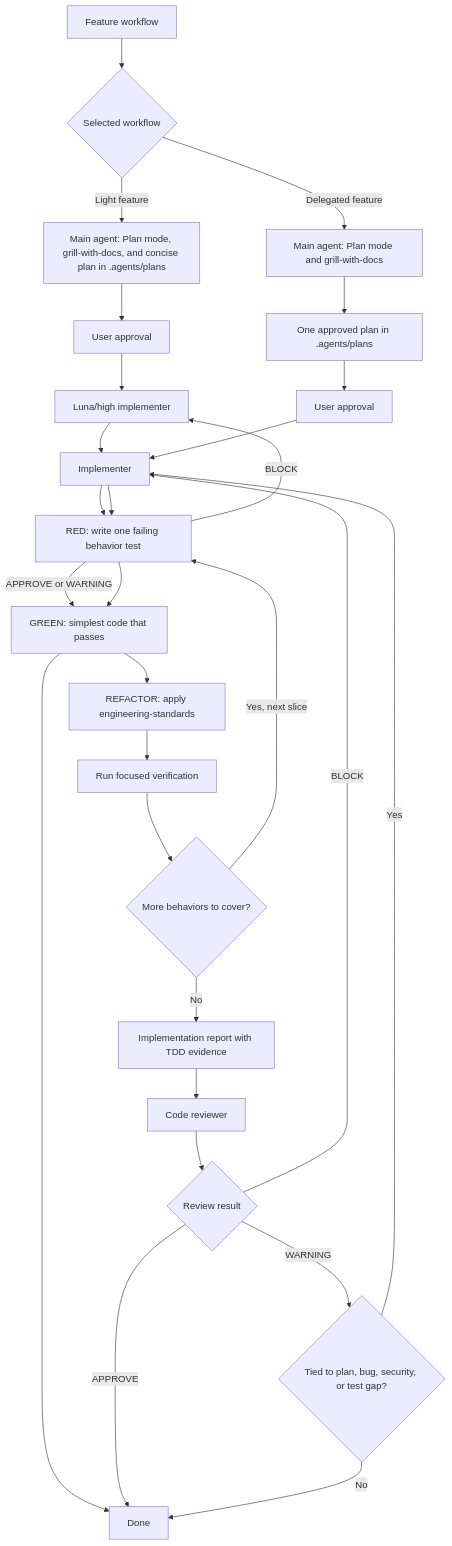
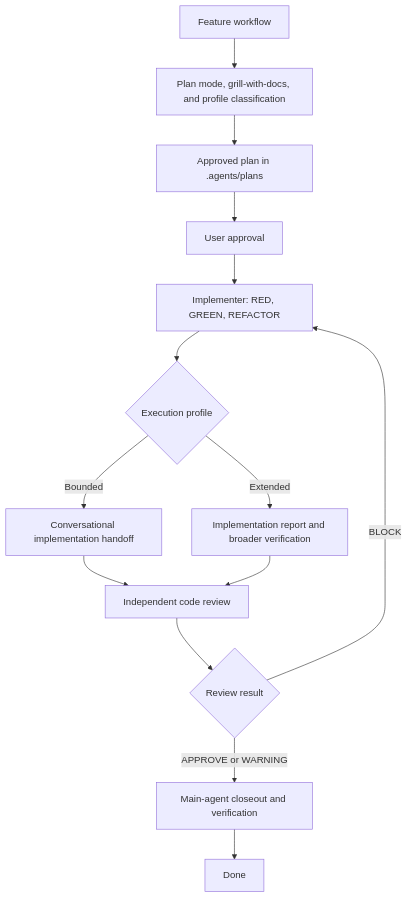
One commit to aloilor/lean-coding-agent changed the second of 4 diagrams in README.md. Above: the diagram before and after it, drawn with Mermaid. The commit also changed other lines of this file and 17 other files, not shown here.

Commit message:
refactor(workflows): unify bounded and extended skills

````diff
--- a/README.md
+++ b/README.md
@@ -59,30 +59,16 @@
 ```mermaid
 flowchart TD
-    A[Feature workflow] --> B{Selected workflow}
-    B -->|Light feature| C[Main agent: Plan mode, grill-with-docs, and concise plan in .agents/plans]
+    A[Feature workflow] --> B[Plan mode, grill-with-docs, and profile classification]
+    B --> C[Approved plan in .agents/plans]
     C --> D[User approval]
-    D --> E[Luna/high implementer]
-    E --> F[Luna/extra-high code reviewer]
-    F --> G{Review result}
-    G -->|BLOCK| E
-    G -->|APPROVE or WARNING| H[Main-agent closeout and verification]
-    H --> O[Done]
-    B -->|Delegated feature| Q[Main agent: Plan mode and grill-with-docs]
-    Q --> R[One approved plan in .agents/plans]
-    R --> T[User approval]
-    T --> F[Implementer]
-    F --> G[RED: write one failing behavior test]
-    G --> H[GREEN: simplest code that passes]
-    H --> I[REFACTOR: apply engineering-standards]
-    I --> J[Run focused verification]
-    J --> K{More behaviors to cover?}
-    K -->|Yes, next slice| G
-    K -->|No| L[Implementation report with TDD evidence]
-    L --> M[Code reviewer]
-    M --> N{Review result}
-    N -->|APPROVE| O
-    N -->|BLOCK| F
-    N -->|WARNING| P{Tied to plan, bug, security, or test gap?}
-    P -->|Yes| F
-    P -->|No| O
+    D --> E[Implementer: RED, GREEN, REFACTOR]
+    E --> F{Execution profile}
+    F -->|Bounded| G[Conversational implementation handoff]
+    F -->|Extended| H[Implementation report and broader verification]
+    G --> I[Independent code review]
+    H --> I
+    I --> J{Review result}
+    J -->|BLOCK| E
+    J -->|APPROVE or WARNING| K[Main-agent closeout and verification]
+    K --> L[Done]
 ```
````
